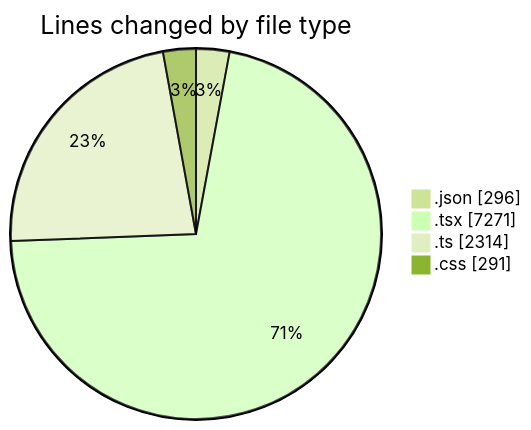
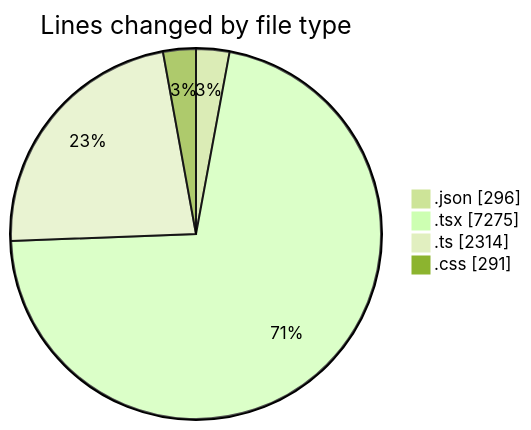
One commit to julien-gomy/code-tracking changed the first of 2 diagrams in 2025-10-07/eventscop-frontend-guide__workspace_/README.md. Above: the diagram before and after it, drawn with Mermaid (forest theme). The commit also changed other lines of this file and 1 other file, not shown here.

````diff
--- a/2025-10-07/eventscop-frontend-guide__workspace_/README.md
+++ b/2025-10-07/eventscop-frontend-guide__workspace_/README.md
@@ -76,8 +76,8 @@
 ```mermaid
 pie showData
 title Lines changed by file type
 ".json" : 296
-".tsx" : 7271
+".tsx" : 7275
 ".ts" : 2314
 ".css" : 291
 ```
````
